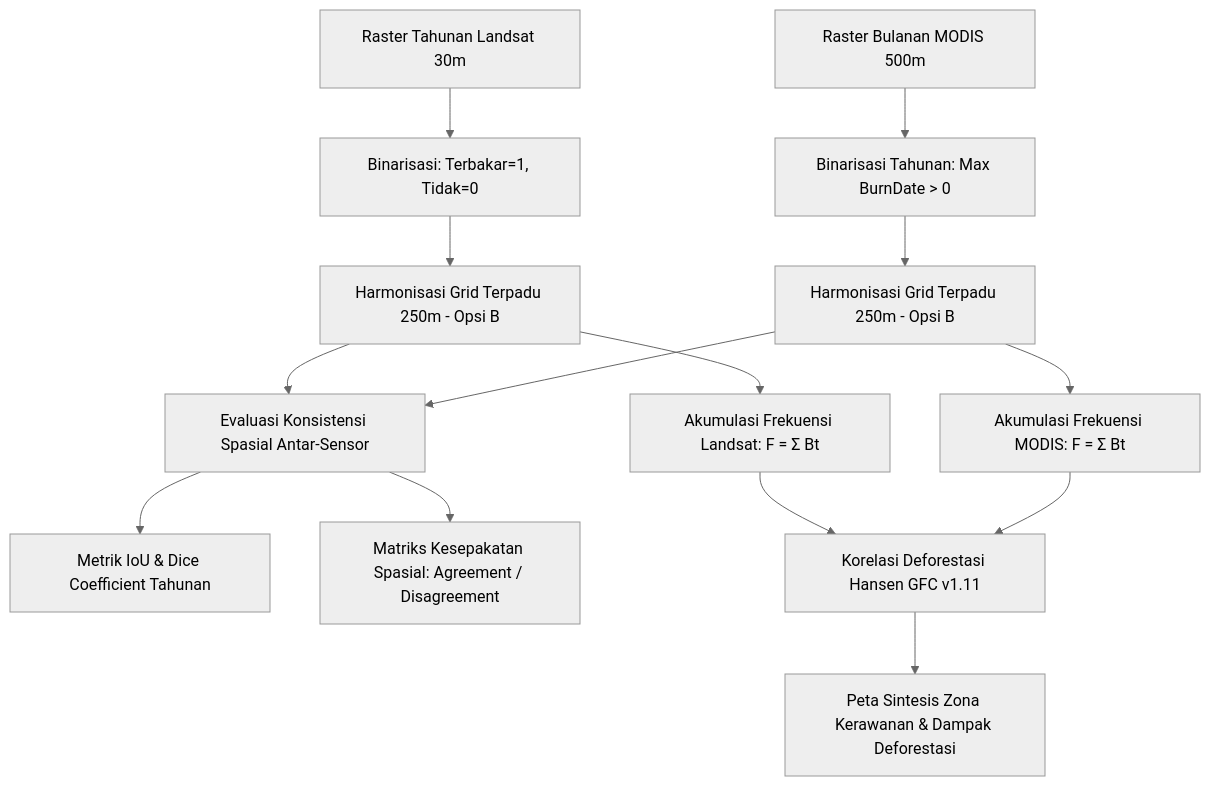
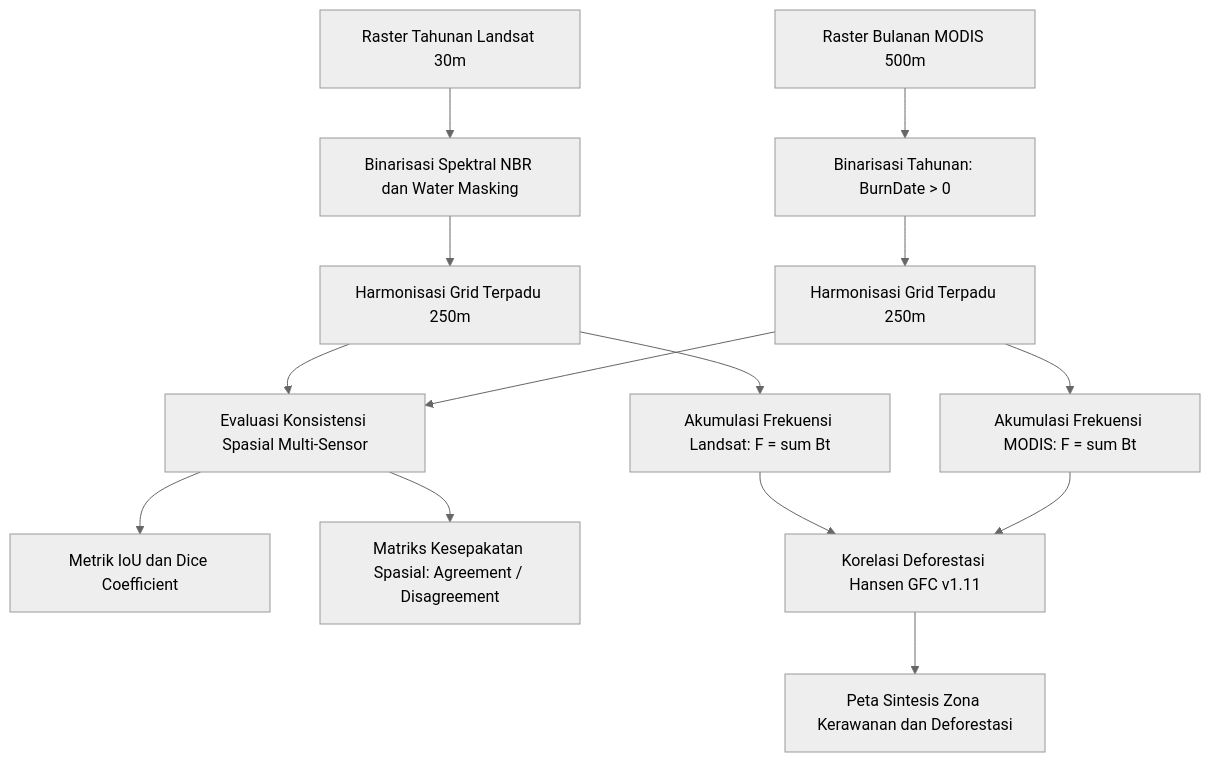
One commit to RoufielHadi/Analisis-Kebakaran-Hutan-Pulang-Pisau changed the diagram in README.md. Above: the diagram before and after it, drawn with Mermaid (neutral theme). The commit also changed other lines of this file and 6 other files, not shown here.

````diff
--- a/README.md
+++ b/README.md
@@ -45,18 +45,18 @@
 ```mermaid
 flowchart TD
-    A1[Raster Tahunan Landsat 30m] --> B1[Binarisasi: Terbakar=1, Tidak=0]
-    A2[Raster Bulanan MODIS 500m] --> B2[Binarisasi Tahunan: Max BurnDate > 0]
+    A1[Raster Tahunan Landsat 30m] --> B1[Binarisasi Spektral NBR dan Water Masking]
+    A2[Raster Bulanan MODIS 500m] --> B2[Binarisasi Tahunan: BurnDate > 0]
     
-    B1 --> C1[Harmonisasi Grid Terpadu 250m - Opsi B]
-    B2 --> C2[Harmonisasi Grid Terpadu 250m - Opsi B]
+    B1 --> C1[Harmonisasi Grid Terpadu 250m]
+    B2 --> C2[Harmonisasi Grid Terpadu 250m]
     
-    C1 --> D1[Akumulasi Frekuensi Landsat: F = Σ Bt]
-    C2 --> D2[Akumulasi Frekuensi MODIS: F = Σ Bt]
+    C1 --> D1[Akumulasi Frekuensi Landsat: F = sum Bt]
+    C2 --> D2[Akumulasi Frekuensi MODIS: F = sum Bt]
     
-    C1 & C2 --> E[Evaluasi Konsistensi Spasial Antar-Sensor]
-    E --> F1[Metrik IoU & Dice Coefficient Tahunan]
+    C1 & C2 --> E[Evaluasi Konsistensi Spasial Multi-Sensor]
+    E --> F1[Metrik IoU dan Dice Coefficient]
     E --> F2[Matriks Kesepakatan Spasial: Agreement / Disagreement]
     
     D1 & D2 --> G[Korelasi Deforestasi Hansen GFC v1.11]
-    G --> H[Peta Sintesis Zona Kerawanan & Dampak Deforestasi]
+    G --> H[Peta Sintesis Zona Kerawanan dan Deforestasi]
 ```
````
